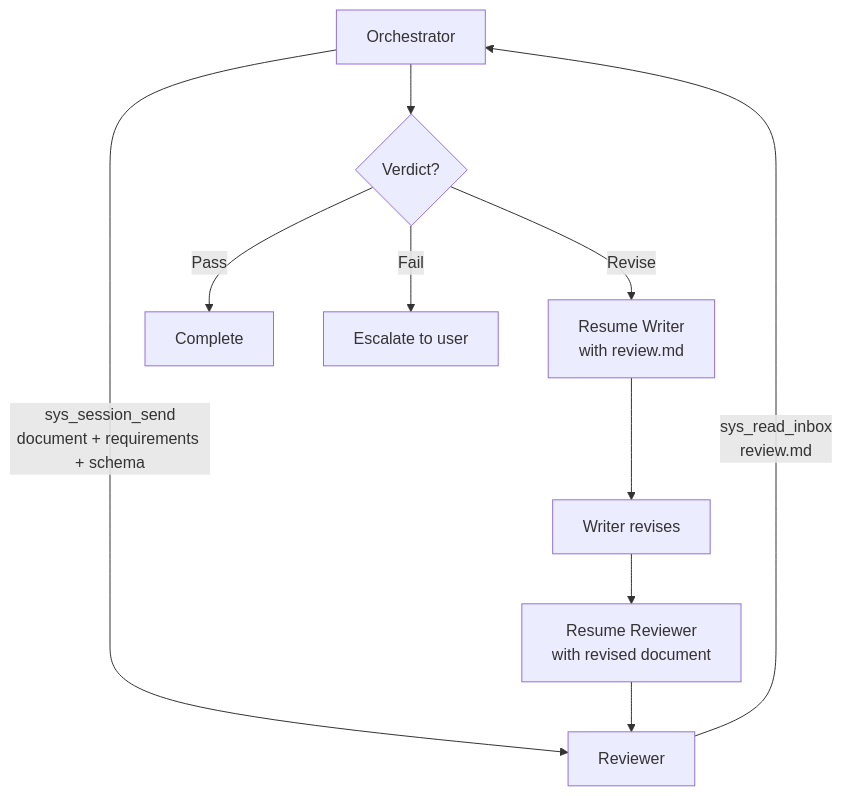
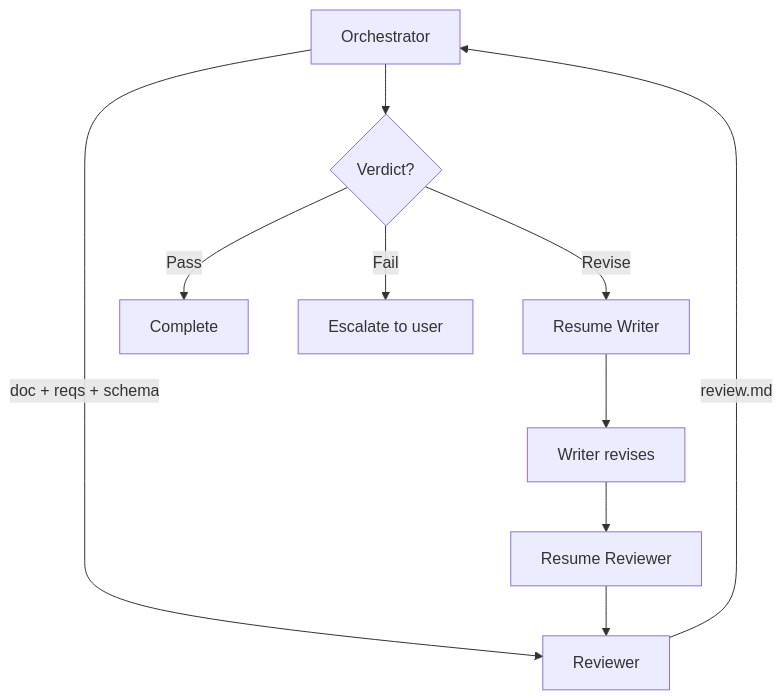
The fifth of 8 diagrams in docs/planning/orchestration-flow.md (Jyoti-Ranjan-Das845/writing-suite), drawn with Mermaid before and after one commit. The commit also changed other lines of this file and 2 other files, not shown here.

First line of the commit message:
docs: fix Mermaid diagrams for GitHub rendering

````diff
--- a/docs/planning/orchestration-flow.md
+++ b/docs/planning/orchestration-flow.md
@@ -170,13 +157,12 @@
 ```mermaid
 flowchart TD
-    O[Orchestrator] -->|"sys_session_send\ndocument + requirements + schema"| R[Reviewer]
-    R -->|"sys_read_inbox\nreview.md"| O
-
+    O[Orchestrator] -->|doc + reqs + schema| R[Reviewer]
+    R -->|review.md| O
     O --> V{Verdict?}
     V -->|Pass| DONE[Complete]
     V -->|Fail| ESC[Escalate to user]
-    V -->|Revise| WR[Resume Writer\nwith review.md]
+    V -->|Revise| WR[Resume Writer]
     WR --> W[Writer revises]
-    W --> RR[Resume Reviewer\nwith revised document]
+    W --> RR[Resume Reviewer]
     RR --> R
 ```
````
